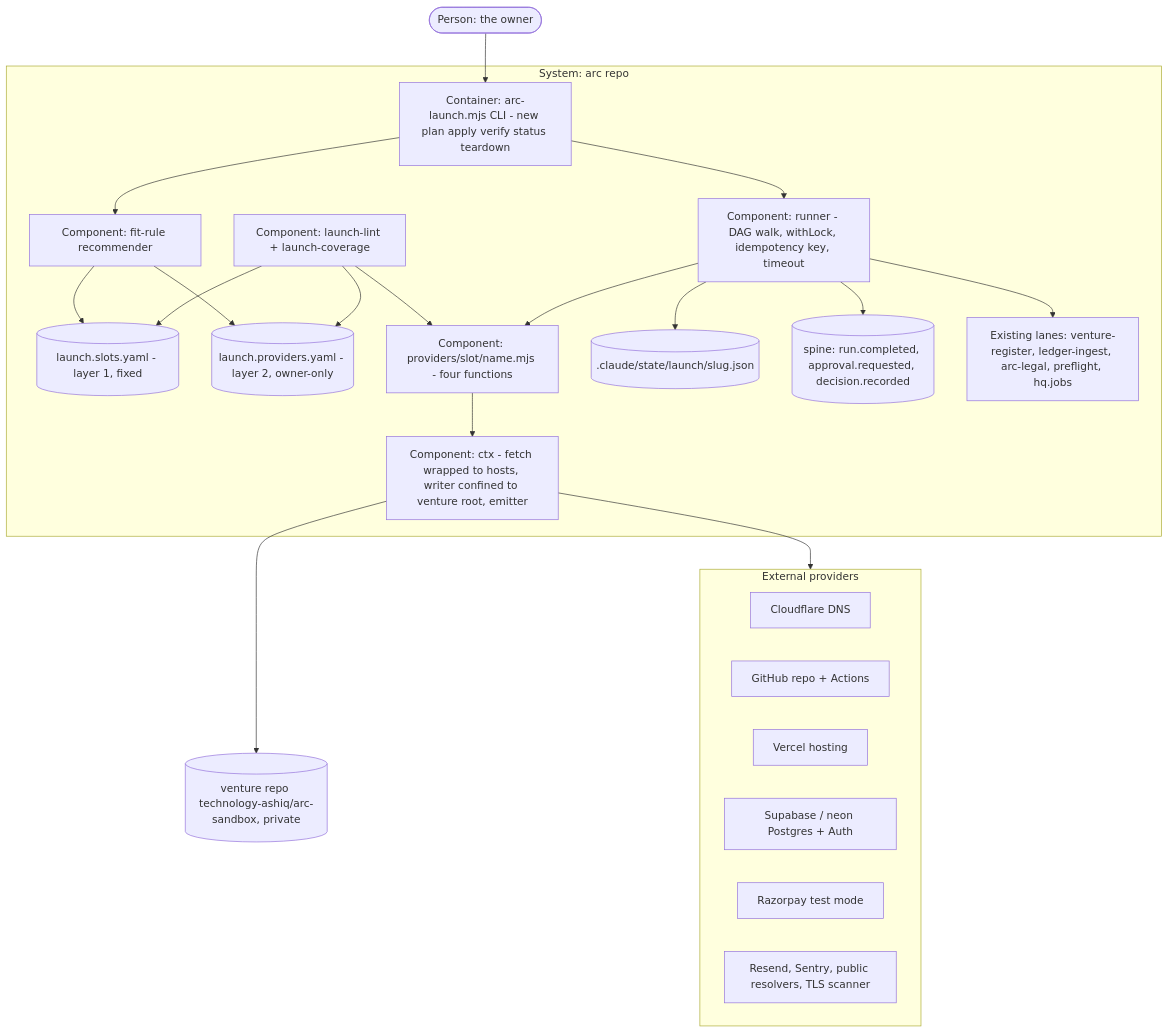
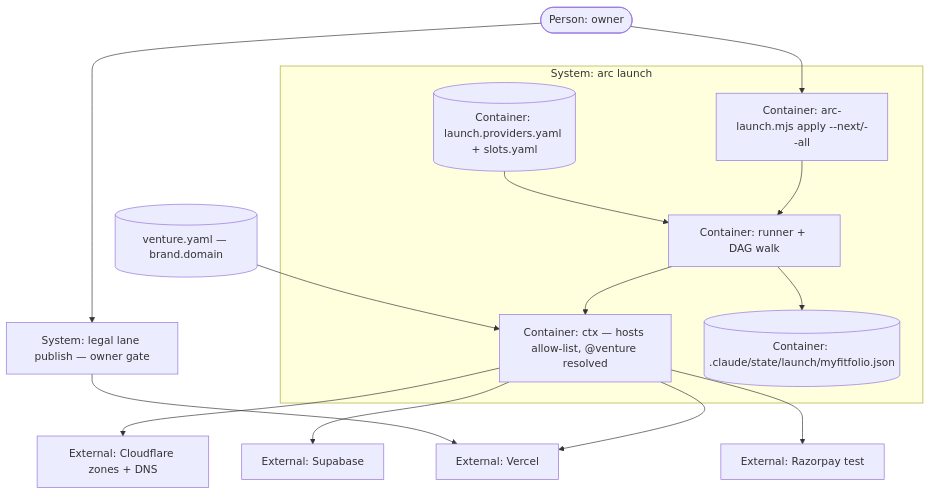
One commit to technology-ashiq/arc changed the diagram in initiatives/launch/PLAN.md. Above: the diagram before and after it, drawn with Mermaid. The commit also changed other lines of this file and 17 other files, not shown here.

First line of the commit message:
docs(launch): kick off Cycle 2 "the first real venture" -- plan, ADR-1765..1769, phases 06-10 (#442)

````diff
--- a/initiatives/launch/PLAN.md
+++ b/initiatives/launch/PLAN.md
@@ -94,39 +74,26 @@
 ```mermaid
 flowchart TB
-  owner([Person: the owner])
-  subgraph arc [System: arc repo]
-    cli[Container: arc-launch.mjs CLI - new plan apply verify status teardown]
-    runner[Component: runner - DAG walk, withLock, idempotency key, timeout]
-    lint[Component: launch-lint + launch-coverage]
-    rec[Component: fit-rule recommender]
-    slots[(launch.slots.yaml - layer 1, fixed)]
-    provs[(launch.providers.yaml - layer 2, owner-only)]
-    adapters[Component: providers/slot/name.mjs - four functions]
-    ctx[Component: ctx - fetch wrapped to hosts, writer confined to venture root, emitter]
-    state[(.claude/state/launch/slug.json)]
-    spine[(spine: run.completed, approval.requested, decision.recorded)]
-    callees[Existing lanes: venture-register, ledger-ingest, arc-legal, preflight, hq.jobs]
+  owner([Person: owner])
+  subgraph launch [System: arc launch]
+    cli[Container: arc-launch.mjs apply --next/--all]
+    runner[Container: runner + DAG walk]
+    ctx[Container: ctx — hosts allow-list, @venture resolved]
+    reg[(Container: launch.providers.yaml + slots.yaml)]
+    board[(Container: .claude/state/launch/myfitfolio.json)]
   end
-  subgraph ext [External providers]
-    cf[Cloudflare DNS]
-    gh[GitHub repo + Actions]
-    vc[Vercel hosting]
-    sb[Supabase / neon Postgres + Auth]
-    rz[Razorpay test mode]
-    misc[Resend, Sentry, public resolvers, TLS scanner]
-  end
-  venture[(venture repo technology-ashiq/arc-sandbox, private)]
-  owner --> cli
-  cli --> runner --> state
-  cli --> rec
-  rec --> slots
-  rec --> provs
-  lint --> slots
-  lint --> provs
-  lint --> adapters
-  runner --> adapters --> ctx
-  ctx --> ext
-  ctx --> venture
-  runner --> spine
-  runner --> callees
+  venture[(venture.yaml — brand.domain)]
+  cf[External: Cloudflare zones + DNS]
+  vercel[External: Vercel]
+  supa[External: Supabase]
+  rzp[External: Razorpay test]
+  legal[System: legal lane publish — owner gate]
+  owner --> cli --> runner --> ctx
+  runner --> board
+  reg --> runner
+  venture --> ctx
+  ctx --> cf
+  ctx --> vercel
+  ctx --> supa
+  ctx --> rzp
+  owner --> legal --> vercel
 ```
````
